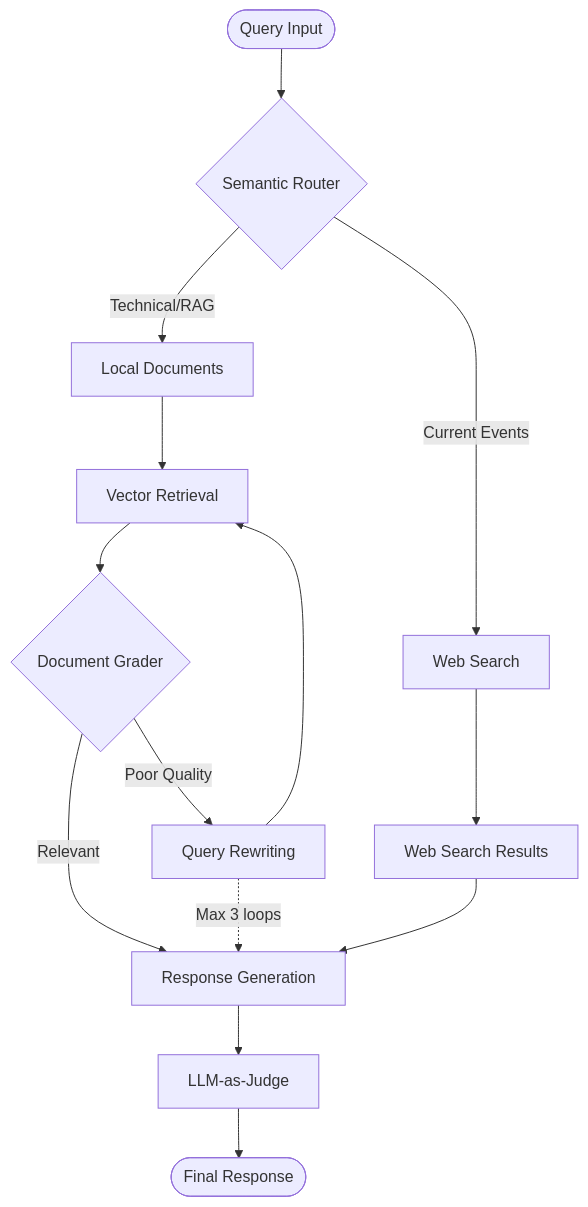
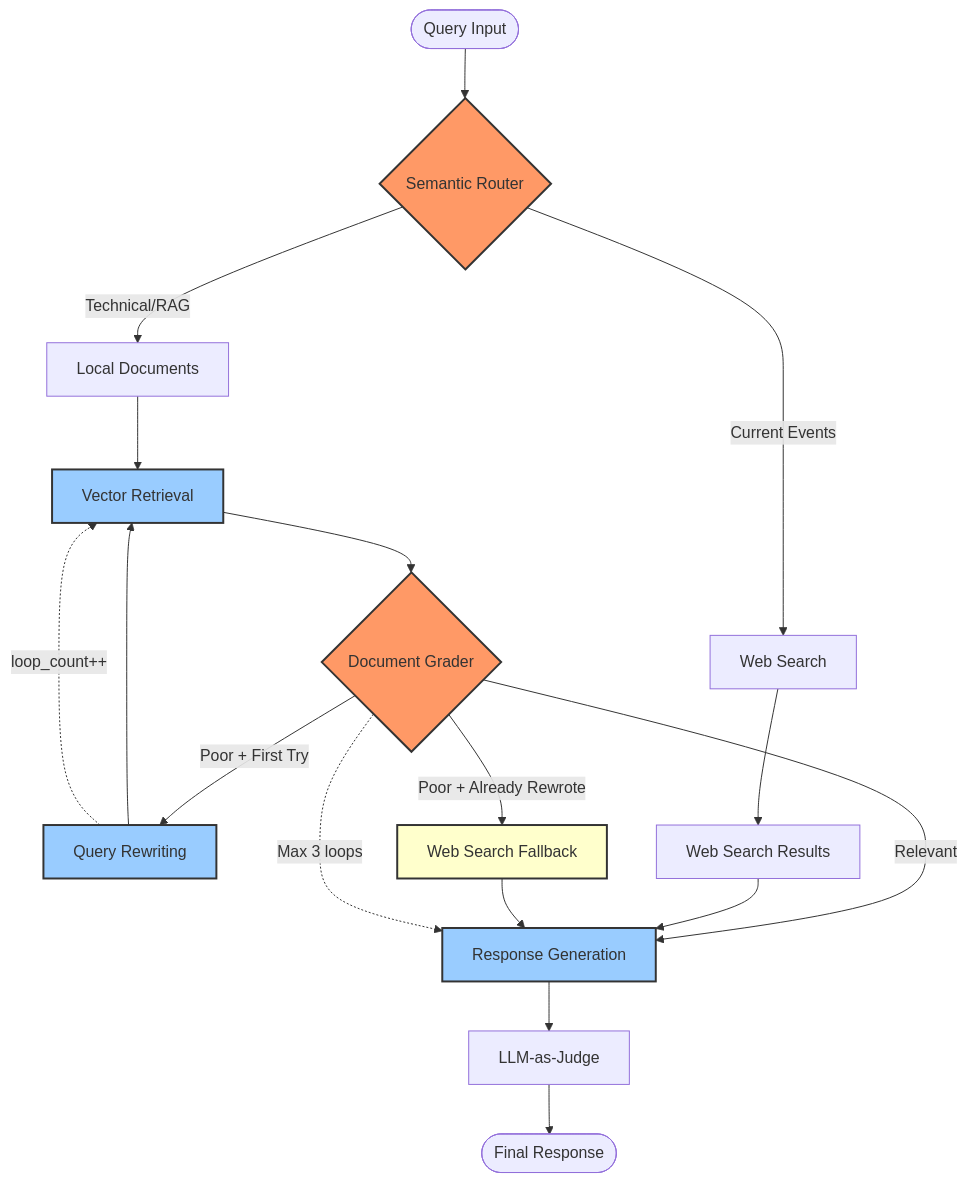
Before and after one commit to ladavrska/agent_rag_chatbot: the second of 3 diagrams in architecture.mmd, drawn with Mermaid. The commit also changed other lines of this file, not shown here.

Commit message:
Update architecture.mmd with rewrite node

````diff
--- a/architecture.mmd
+++ b/architecture.mmd
@@ -60,24 +63,36 @@
 ```mermaid
 flowchart TD
     Start([Query Input]) --> Decide{Semantic Router}
     
     Decide -->|Technical/RAG| Local[Local Documents]
     Decide -->|Current Events| Web[Web Search]
     
     Local --> Retrieve[Vector Retrieval]
     Retrieve --> Grade{Document Grader}
     
     Grade -->|Relevant| Generate[Response Generation]
-    Grade -->|Poor Quality| Rewrite[Query Rewriting]
+    Grade -->|Poor + First Try| Rewrite[Query Rewriting]
+    Grade -->|Poor + Already Rewrote| WebFallback[Web Search Fallback]
     
     Web --> WebResults[Web Search Results]
     WebResults --> Generate
+    WebFallback --> Generate
     
     Rewrite --> Retrieve
     Generate --> Evaluate[LLM-as-Judge]
     
     Evaluate --> End([Final Response])
     
-    %% Loop Prevention
-    Rewrite -.->|Max 3 loops| Generate
+    %% Loop Prevention & Smart Routing
+    Grade -.->|Max 3 loops| Generate
+    Rewrite -.->|loop_count++| Retrieve
+    
+    %% Styling for clarity
+    classDef decisionNode fill:#f96,stroke:#333,stroke-width:2px
+    classDef processNode fill:#9cf,stroke:#333,stroke-width:2px
+    classDef fallbackNode fill:#ffc,stroke:#333,stroke-width:2px
+    
+    class Decide,Grade decisionNode
+    class Retrieve,Generate,Rewrite processNode
+    class WebFallback fallbackNode
 ```
````
